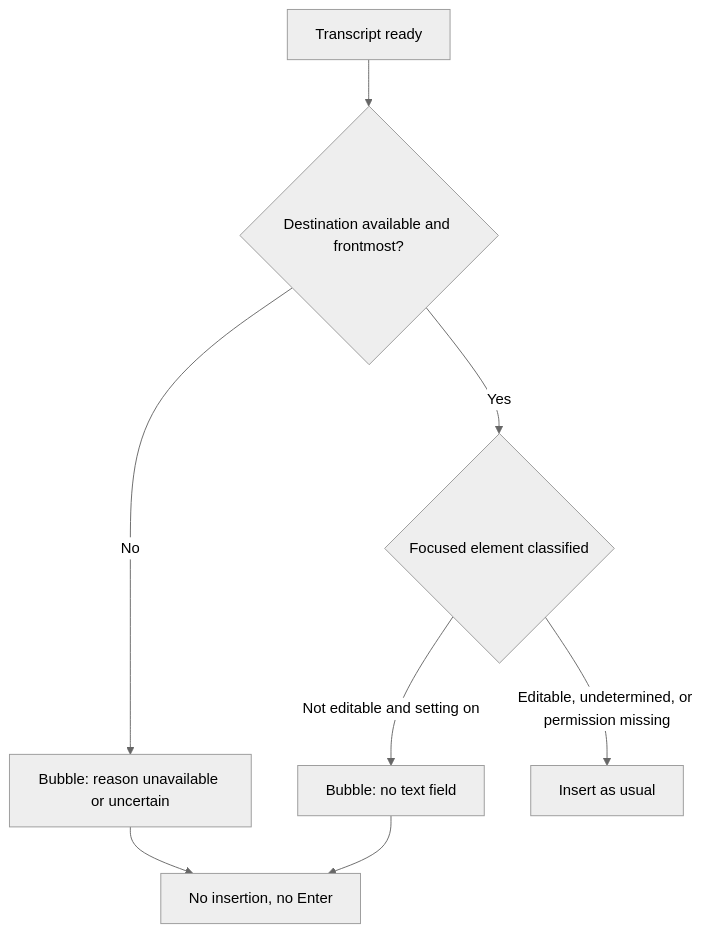
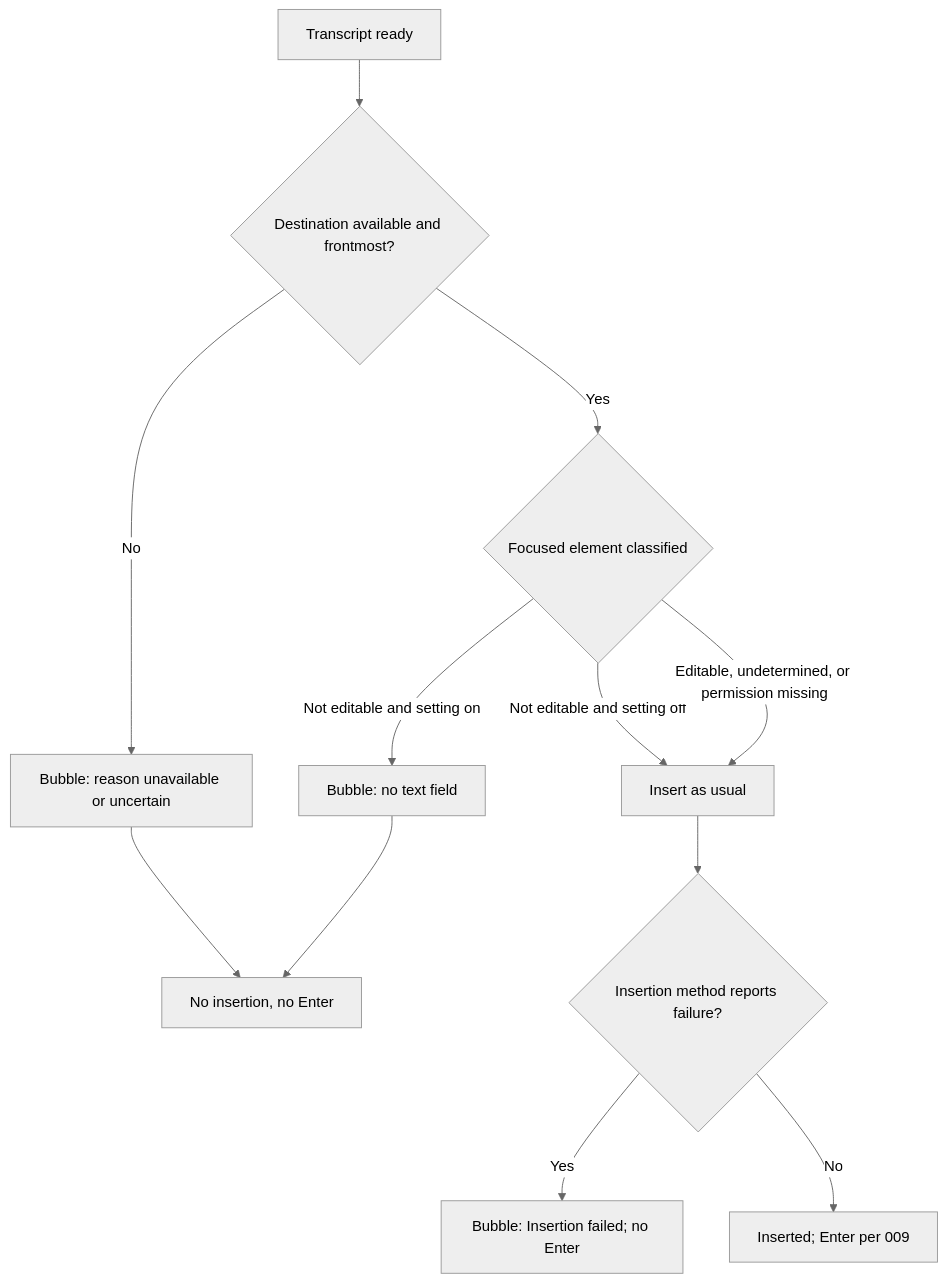
One commit to julien-m/handy changed the first of 5 diagrams in .specs/features/010-recovery-bubble/spec.md. Above: the diagram before and after it, drawn with Mermaid (neutral theme). The commit also changed other lines of this file and 2 other files, not shown here.

````diff
--- a/.specs/features/010-recovery-bubble/spec.md
+++ b/.specs/features/010-recovery-bubble/spec.md
@@ -48,10 +49,14 @@
 ```mermaid
 flowchart TD
   A[Transcript ready] --> B{Destination available and frontmost?}
   B -- No --> C[Bubble: reason unavailable or uncertain]
   B -- Yes --> D{Focused element classified}
   D -- Not editable and setting on --> E[Bubble: no text field]
-  D -- Editable, undetermined, or permission missing --> F[Insert as usual]
+  D -- Not editable and setting off --> F[Insert as usual]
+  D -- Editable, undetermined, or permission missing --> F
   C --> G[No insertion, no Enter]
   E --> G
+  F --> H{Insertion method reports failure?}
+  H -- Yes --> I[Bubble: Insertion failed; no Enter]
+  H -- No --> J[Inserted; Enter per 009]
 ```
````
